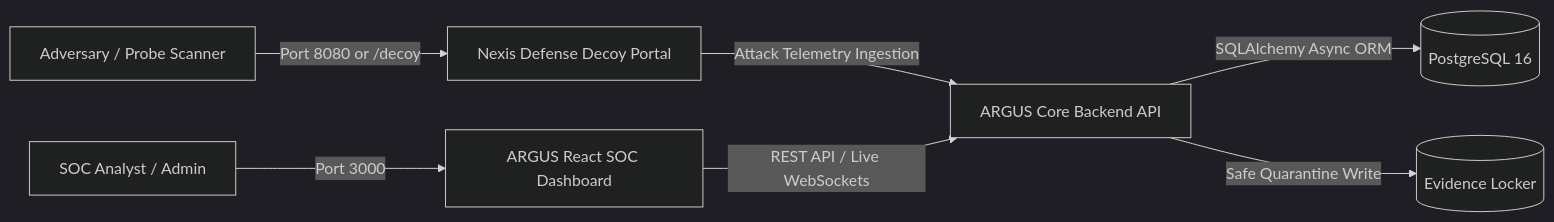
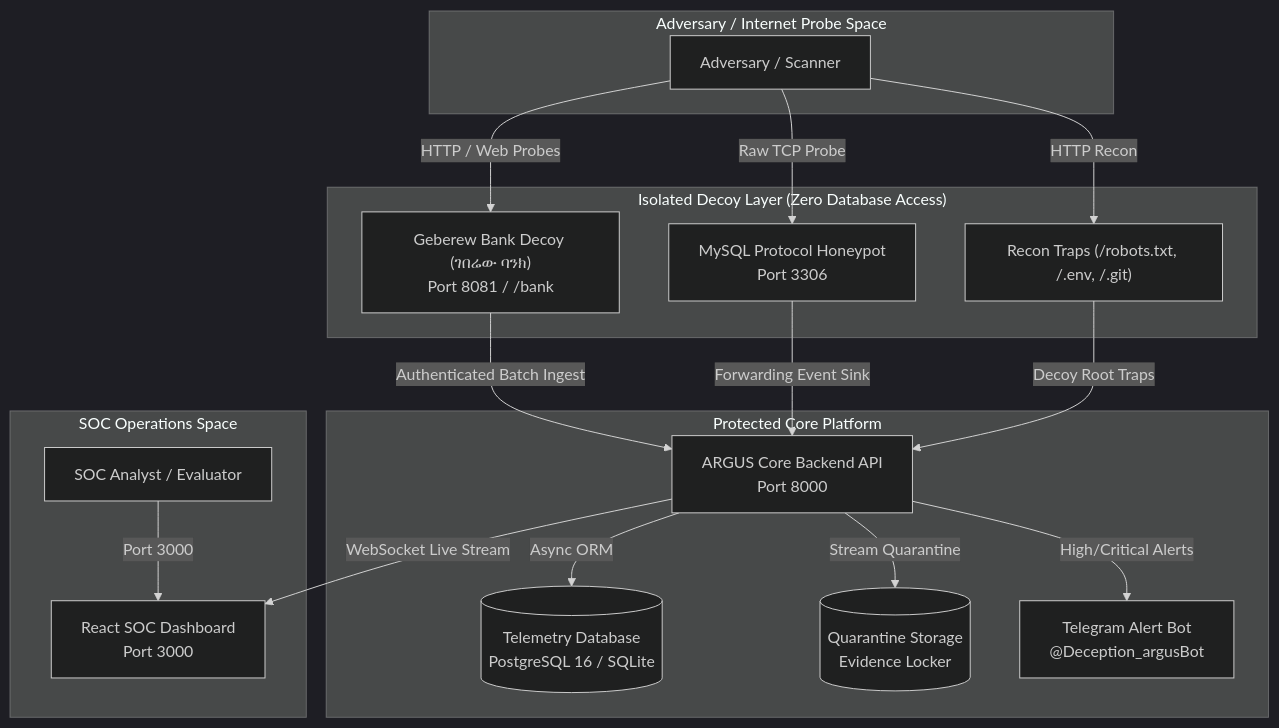
The diagram in README.md (aprotovic/argus-deception-platform), drawn with Mermaid (dark theme) before and after one commit. The commit also changed other lines of this file and 8 other files, not shown here.

````diff
--- a/README.md
+++ b/README.md
@@ -25,10 +28,39 @@
 ```mermaid
-flowchart LR
-    Adversary["Adversary / Probe Scanner"] -->|"Port 8080 or /decoy"| Decoy["Nexis Defense Decoy Portal"]
-    Decoy -->|"Attack Telemetry Ingestion"| Backend["ARGUS Core Backend API"]
-    Backend -->|"SQLAlchemy Async ORM"| Postgres[("PostgreSQL 16")]
-    Backend -->|"Safe Quarantine Write"| Storage[("Evidence Locker")]
-    
-    Analyst["SOC Analyst / Admin"] -->|"Port 3000"| Dashboard["ARGUS React SOC Dashboard"]
-    Dashboard -->|"REST API / Live WebSockets"| Backend
+flowchart TD
+    subgraph External["Adversary / Internet Probe Space"]
+        Attacker["Adversary / Scanner"]
+    end
+
+    subgraph Decoys["Isolated Decoy Layer (Zero Database Access)"]
+        BankDecoy["Geberew Bank Decoy (ገበሬው ባንክ)\nPort 8081 / /bank"]
+        MySQLDecoy["MySQL Protocol Honeypot\nPort 3306"]
+        ReconTraps["Recon Traps (/robots.txt, /.env, /.git)"]
+    end
+
+    subgraph Core["Protected Core Platform"]
+        Backend["ARGUS Core Backend API\nPort 8000"]
+        Postgres[("Telemetry Database\nPostgreSQL 16 / SQLite")]
+        Storage[("Quarantine Storage\nEvidence Locker")]
+        TelegramBot["Telegram Alert Bot\n@Deception_argusBot"]
+    end
+
+    subgraph SOC["SOC Operations Space"]
+        Dashboard["React SOC Dashboard\nPort 3000"]
+        Analyst["SOC Analyst / Evaluator"]
+    end
+
+    Attacker -->|"HTTP / Web Probes"| BankDecoy
+    Attacker -->|"HTTP Recon"| ReconTraps
+    Attacker -->|"Raw TCP Probe"| MySQLDecoy
+
+    BankDecoy -->|"Authenticated Batch Ingest"| Backend
+    MySQLDecoy -->|"Forwarding Event Sink"| Backend
+    ReconTraps -->|"Decoy Root Traps"| Backend
+
+    Backend -->|"Async ORM"| Postgres
+    Backend -->|"Stream Quarantine"| Storage
+    Backend -->|"High/Critical Alerts"| TelegramBot
+    Backend -->|"WebSocket Live Stream"| Dashboard
+
+    Analyst -->|"Port 3000"| Dashboard
 ```
````
